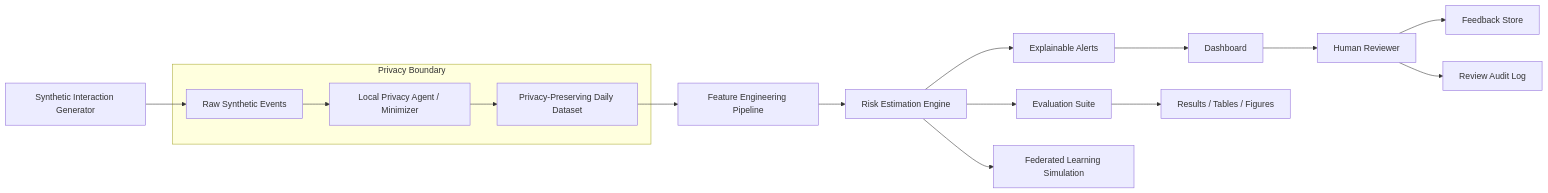
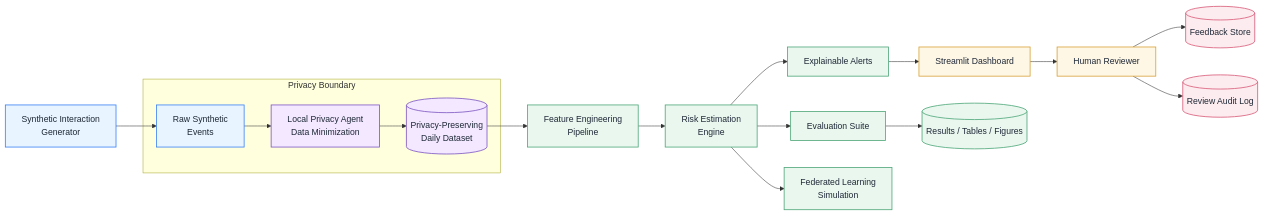
The second of 5 diagrams in README.md (mariacioratanu/pcd-analytics-dashboard), drawn with Mermaid before and after one commit. The commit also changed other lines of this file, not shown here.

````diff
--- a/README.md
+++ b/README.md
@@ -53,23 +53,36 @@
 ```mermaid
 flowchart LR
-    A[Synthetic Interaction Generator] --> B[Raw Synthetic Events]
-    B --> C[Local Privacy Agent / Minimizer]
-    C --> D[Privacy-Preserving Daily Dataset]
-    D --> E[Feature Engineering Pipeline]
-    E --> F[Risk Estimation Engine]
+    A[Synthetic Interaction<br/>Generator] --> B[Raw Synthetic<br/>Events]
+    B --> C[Local Privacy Agent<br/>Data Minimization]
+    C --> D[(Privacy-Preserving<br/>Daily Dataset)]
+    D --> E[Feature Engineering<br/>Pipeline]
+    E --> F[Risk Estimation<br/>Engine]
     F --> G[Evaluation Suite]
     F --> H[Explainable Alerts]
-    H --> I[Dashboard]
+    H --> I[Streamlit Dashboard]
     I --> J[Human Reviewer]
-    J --> K[Feedback Store]
-    J --> L[Review Audit Log]
+    J --> K[(Feedback Store)]
+    J --> L[(Review Audit Log)]
 
-    G --> M[Results / Tables / Figures]
-    F --> N[Federated Learning Simulation]
+    G --> M[(Results / Tables / Figures)]
+    F --> N[Federated Learning<br/>Simulation]
 
-    subgraph Privacy Boundary
+    subgraph PB[Privacy Boundary]
         B
         C
         D
     end
+
+    classDef data fill:#E8F4FF,stroke:#3B82F6,stroke-width:1.5px,color:#1F2937;
+    classDef privacy fill:#F3E8FF,stroke:#7E57C2,stroke-width:1.5px,color:#1F2937;
+    classDef model fill:#EAF7EF,stroke:#4FA77A,stroke-width:1.5px,color:#1F2937;
+    classDef dashboard fill:#FFF7E6,stroke:#D8A23A,stroke-width:1.5px,color:#1F2937;
+    classDef audit fill:#FDECEF,stroke:#D85C7A,stroke-width:1.5px,color:#1F2937;
+    classDef storage fill:#FFFFFF,stroke:#555555,stroke-width:1.5px,color:#1F2937;
+
+    class A,B data;
+    class C,D privacy;
+    class E,F,G,H,M,N model;
+    class I,J dashboard;
+    class K,L audit;
 ```
````
